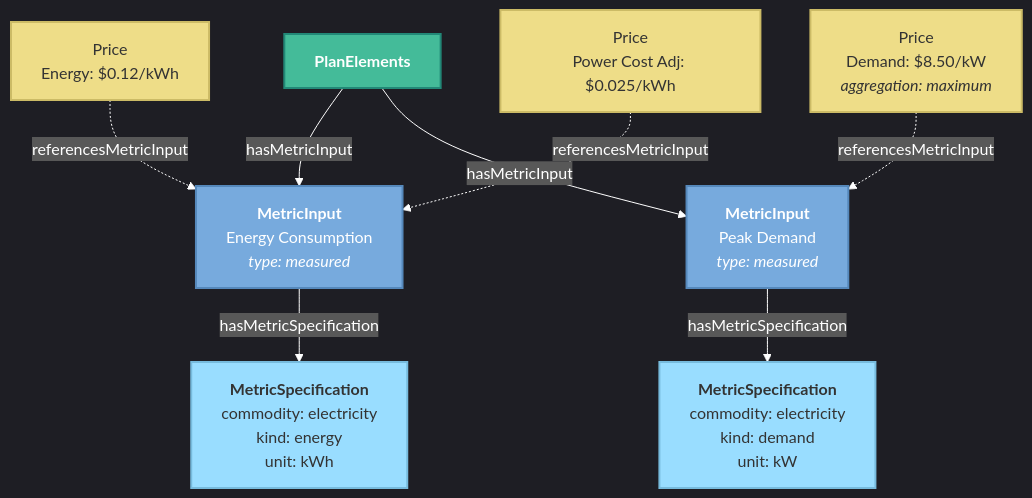
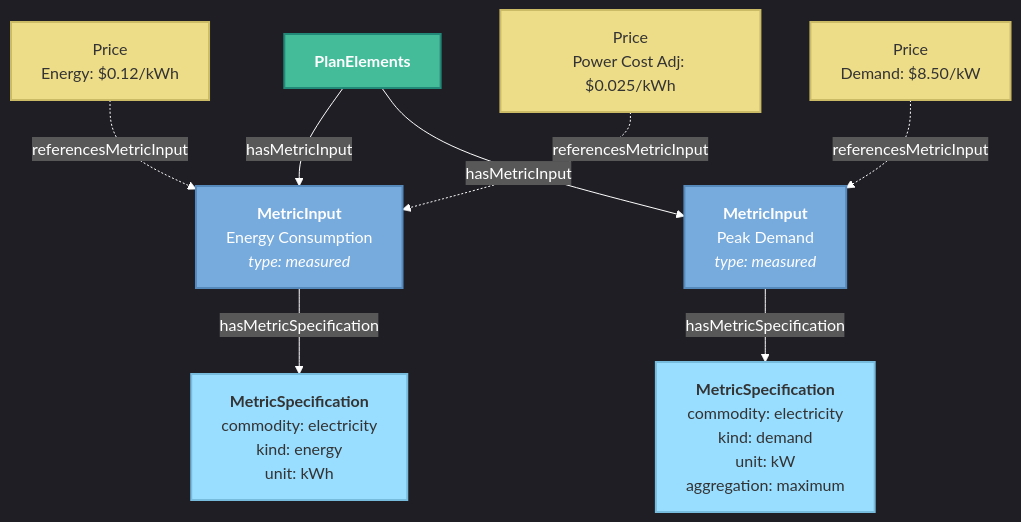
One commit to urpx-org/urpx changed the third of 5 diagrams in documentation/pages/urpx-tutorial.md. Above: the diagram before and after it, drawn with Mermaid. The commit also changed other lines of this file, not shown here.

First line of the commit message:
Revert the tutorial's per-price CalculationMethod workaround

````diff
--- a/documentation/pages/urpx-tutorial.md
+++ b/documentation/pages/urpx-tutorial.md
@@ -414,35 +414,35 @@
 ```mermaid
 %%{init: {'theme':'dark', 'themeVariables': { 'darkMode':'true', 'background':'#000000', 'primaryColor':'#77AADD', 'primaryTextColor':'#ffffff', 'primaryBorderColor':'#5588BB', 'lineColor':'#ffffff', 'secondaryColor':'#44BB99', 'tertiaryColor':'#EE8866', 'textColor':'#ffffff', 'nodeTextColor':'#ffffff'}}}%%
 
 graph TB
     PE["<b>PlanElements</b>"]
 
     MI1["<b>MetricInput</b><br/>Energy Consumption<br/><i>type: measured</i>"]
     MI2["<b>MetricInput</b><br/>Peak Demand<br/><i>type: measured</i>"]
 
     MS1["<b>MetricSpecification</b><br/>commodity: electricity<br/>kind: energy<br/>unit: kWh"]
-    MS2["<b>MetricSpecification</b><br/>commodity: electricity<br/>kind: demand<br/>unit: kW"]
+    MS2["<b>MetricSpecification</b><br/>commodity: electricity<br/>kind: demand<br/>unit: kW<br/>aggregation: maximum"]
 
     P1["Price<br/>Energy: $0.12/kWh"]
-    P2["Price<br/>Demand: $8.50/kW<br/><i>aggregation: maximum</i>"]
+    P2["Price<br/>Demand: $8.50/kW"]
     P3["Price<br/>Power Cost Adj: $0.025/kWh"]
 
     PE -->|"hasMetricInput"| MI1
     PE -->|"hasMetricInput"| MI2
     MI1 -->|"hasMetricSpecification"| MS1
     MI2 -->|"hasMetricSpecification"| MS2
 
     P1 -.->|"referencesMetricInput"| MI1
     P3 -.->|"referencesMetricInput"| MI1
     P2 -.->|"referencesMetricInput"| MI2
 
     classDef elemClass fill:#44BB99,stroke:#228877,stroke-width:2px,color:#fff
     classDef metricClass fill:#77AADD,stroke:#5588BB,stroke-width:2px,color:#fff
     classDef specClass fill:#99DDFF,stroke:#77BBDD,stroke-width:2px,color:#333
     classDef priceClass fill:#EEDD88,stroke:#CCBB66,stroke-width:2px,color:#333
 
     class PE elemClass
     class MI1,MI2 metricClass
     class MS1,MS2 specClass
     class P1,P2,P3 priceClass
 ```
````
